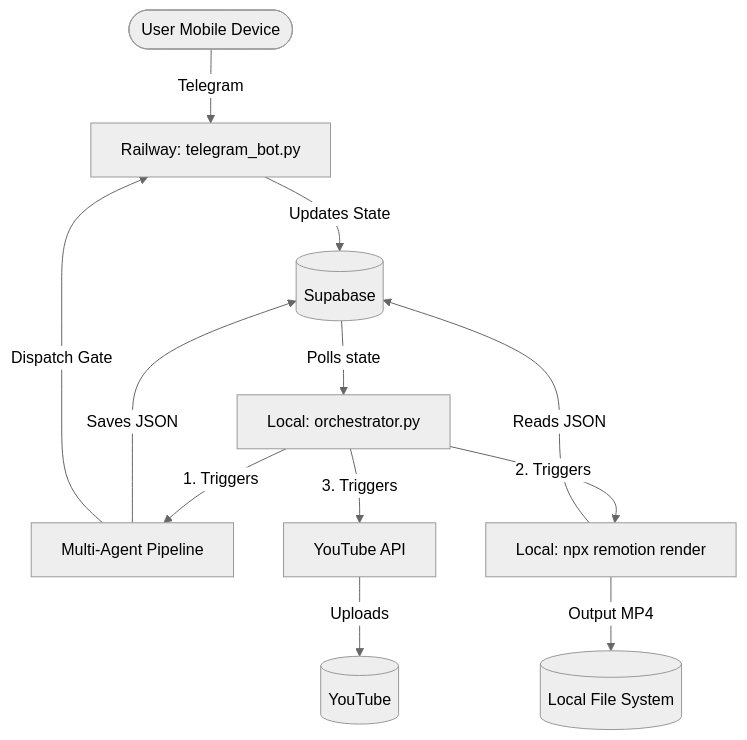
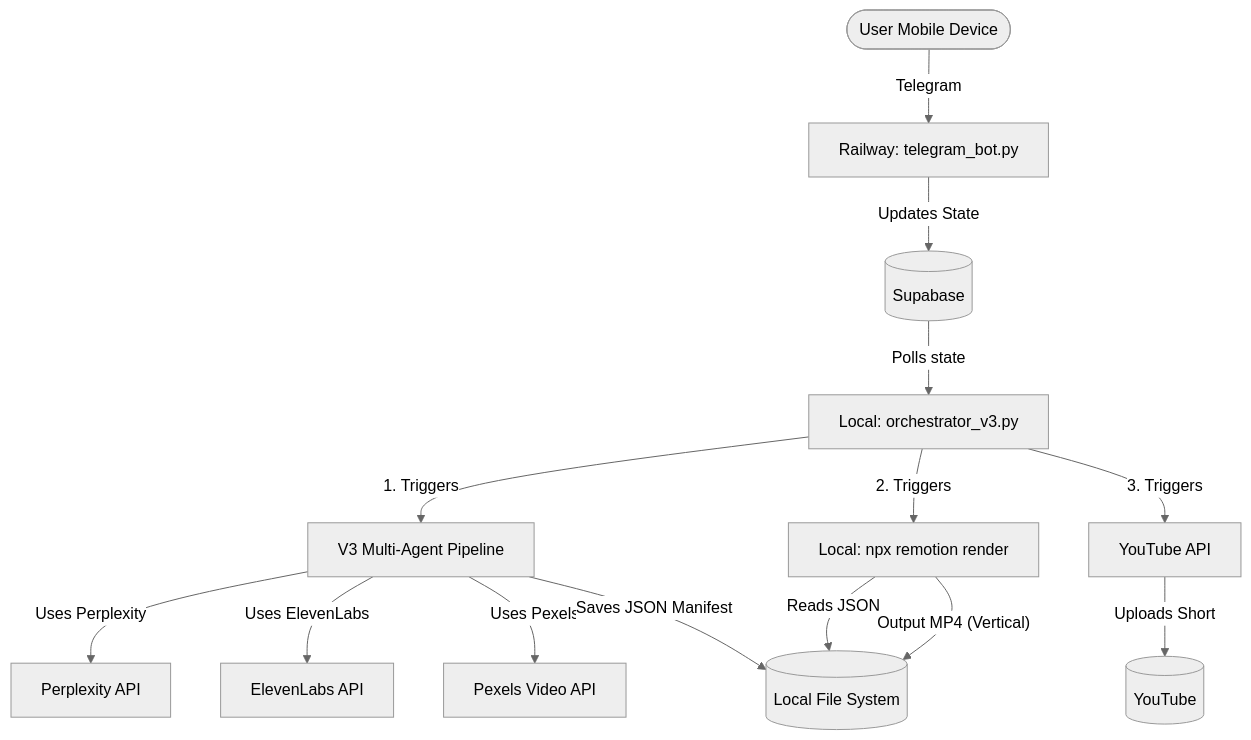
One commit to ValTav33/Project---Youtube-Automation changed the diagram in docs/01_ARCHITECTURE.md. Above: the diagram before and after it, drawn with Mermaid (neutral theme). The commit also changed other lines of this file and 3 other files, not shown here.

Commit message:
refactor: minify the space-silent-short fixture and update architectural documentation for V3 implementation

````diff
--- a/docs/01_ARCHITECTURE.md
+++ b/docs/01_ARCHITECTURE.md
@@ -7,18 +9,20 @@
 ```mermaid
 graph TD
     User([User Mobile Device]) -- Telegram --> Bot[Railway: telegram_bot.py]
     Bot -- Updates State --> Supabase[(Supabase)]
     
-    Supabase -- Polls state --> Orch[Local: orchestrator.py]
+    Supabase -- Polls state --> Orch[Local: orchestrator_v3.py]
     
-    Orch -- 1. Triggers --> Agents[Multi-Agent Pipeline]
-    Agents -- Saves JSON --> Supabase
-    Agents -- Dispatch Gate --> Bot
+    Orch -- 1. Triggers --> Agents[V3 Multi-Agent Pipeline]
+    Agents -- Uses Perplexity --> Perplexity[Perplexity API]
+    Agents -- Uses ElevenLabs --> Voice[ElevenLabs API]
+    Agents -- Uses Pexels --> Video[Pexels Video API]
+    Agents -- Saves JSON Manifest --> LocalFS[(Local File System)]
     
     Orch -- 2. Triggers --> Remotion[Local: npx remotion render]
-    Remotion -- Reads JSON --> Supabase
-    Remotion -- Output MP4 --> LocalFS[(Local File System)]
+    Remotion -- Reads JSON --> LocalFS
+    Remotion -- Output MP4 (Vertical) --> LocalFS
     
     Orch -- 3. Triggers --> YouTube[YouTube API]
-    YouTube -- Uploads --> YTPlatform[(YouTube)]
+    YouTube -- Uploads Short --> YTPlatform[(YouTube)]
 ```
````
